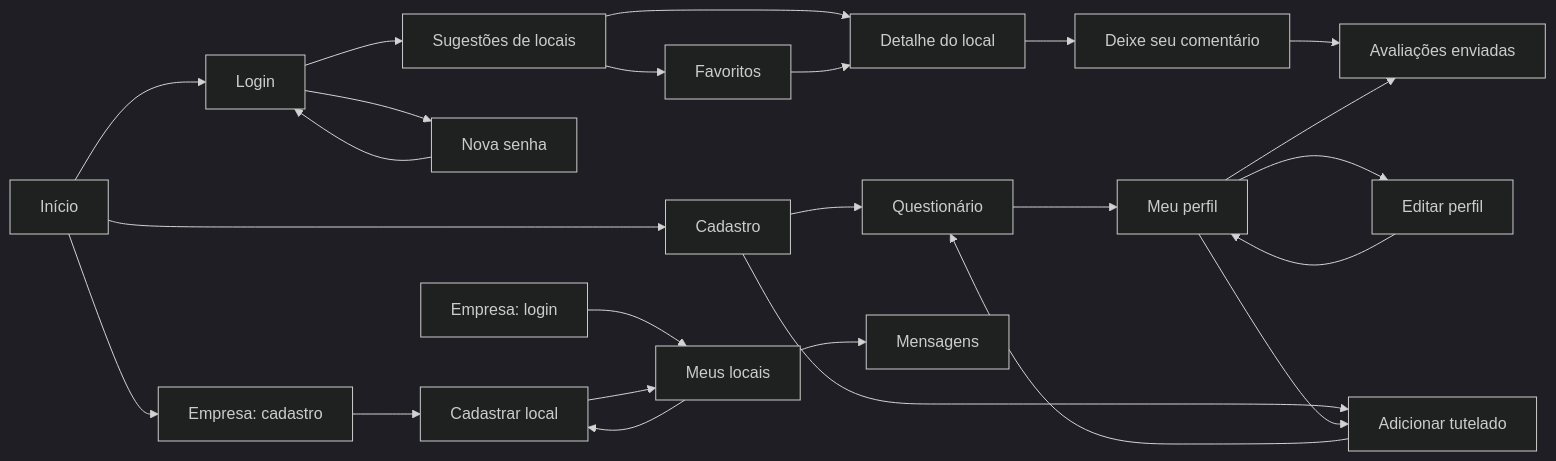
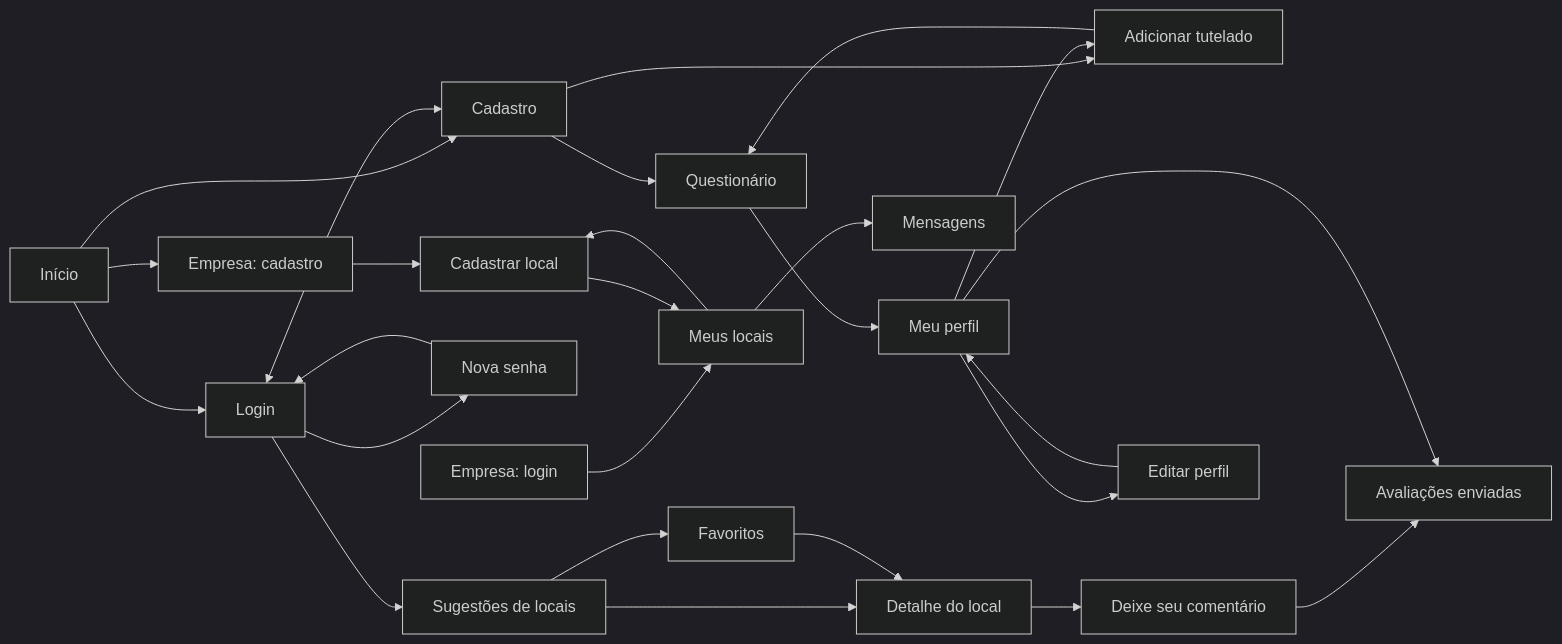
One commit to TheusAugusto19/SenseWay changed the diagram in README.md. Above: the diagram before and after it, drawn with Mermaid (dark theme). The commit also changed other lines of this file and 51 other files, not shown here.

````diff
--- a/README.md
+++ b/README.md
@@ -48,19 +40,20 @@
 ```mermaid
 flowchart LR
   inicio[Início] --> login[Login]
   inicio --> cadastro[Cadastro]
   inicio --> empCad[Empresa: cadastro]
+  login <--> cadastro
   login --> locais[Sugestões de locais]
   login --> novaSenha[Nova senha] --> login
   cadastro --> questionario[Questionário]
   cadastro --> tutelado[Adicionar tutelado] --> questionario --> perfil[Meu perfil]
   locais --> local[Detalhe do local] --> comentario[Deixe seu comentário] --> avaliacoes[Avaliações enviadas]
   locais --> favoritos[Favoritos] --> local
   perfil --> editar[Editar perfil] --> perfil
   perfil --> tutelado
   perfil --> avaliacoes
   empLogin[Empresa: login] --> meusLocais[Meus locais]
   empCad --> cadLocal[Cadastrar local] --> meusLocais
   meusLocais --> cadLocal
   meusLocais --> mensagens[Mensagens]
 ```
````
